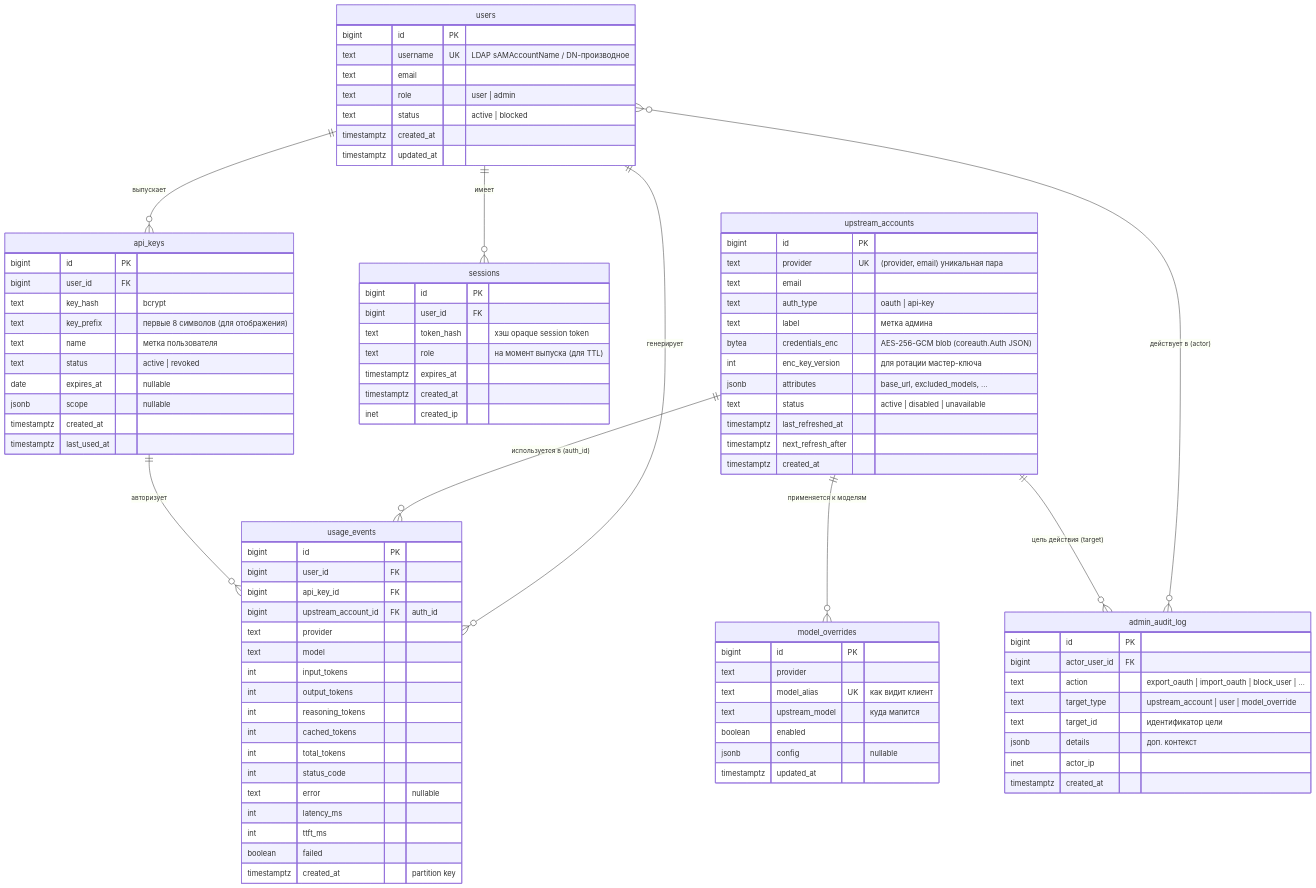
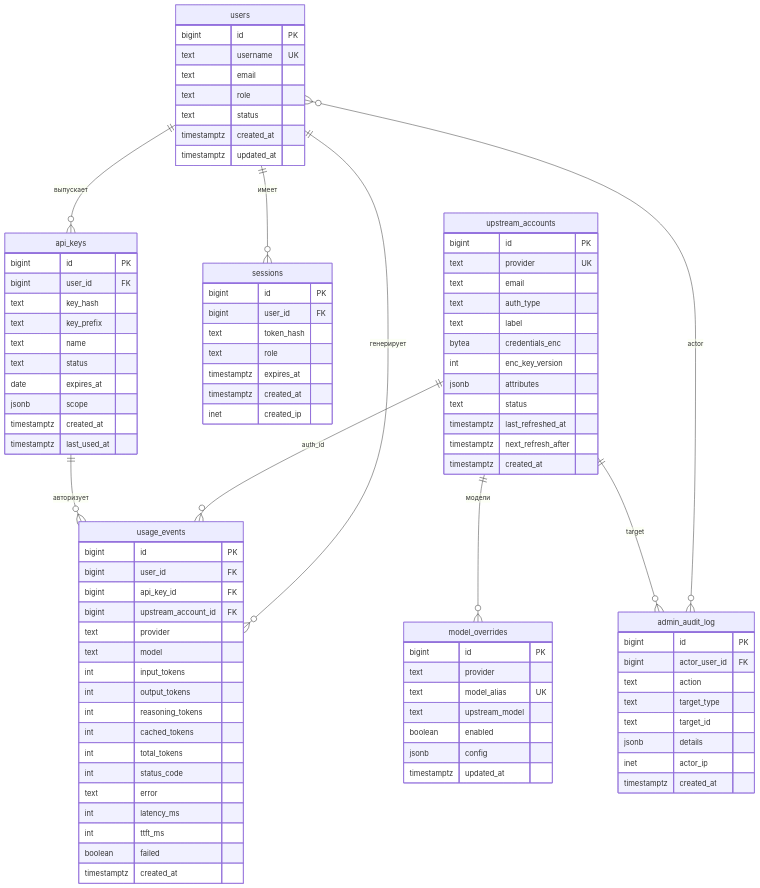
One commit to ilyast91/CLIProxyNew changed the diagram in docs/database-schema.md. Above: the diagram before and after it, drawn with Mermaid. The commit also changed 1 other file, not shown here.

Commit message:
docs: исправить Mermaid-диаграммы для рендера на GitHub
Все 8 блоков переписаны под валидный синтаксис Mermaid:
- graph: тексты узлов в кавычках; пунктир -.->|текст| вместо неверного -.текст.->
- sequenceDiagram: убраны скобки из participant as, фигурные скобки и
  угловые скобки из сообщений, эмодзи из Note, <br/> убран из Note
- erDiagram: убраны комментарии полей со спецсимволами (|, скобки) —
  оставлены чистые PK/UK/FK маркеры и типы

Диаграммы теперь рендерятся GitHub-парсером.

````diff
--- a/docs/database-schema.md
+++ b/docs/database-schema.md
@@ -20,20 +20,20 @@
     users ||--o{ api_keys : "выпускает"
     users ||--o{ sessions : "имеет"
     users ||--o{ usage_events : "генерирует"
-    users }o--o{ admin_audit_log : "действует в (actor)"
+    users }o--o{ admin_audit_log : "actor"
 
-    upstream_accounts ||--o{ usage_events : "используется в (auth_id)"
-    upstream_accounts ||--o{ admin_audit_log : "цель действия (target)"
-    upstream_accounts ||--o{ model_overrides : "применяется к моделям"
+    upstream_accounts ||--o{ usage_events : "auth_id"
+    upstream_accounts ||--o{ admin_audit_log : "target"
+    upstream_accounts ||--o{ model_overrides : "модели"
 
     api_keys ||--o{ usage_events : "авторизует"
 
     users {
         bigint id PK
-        text   username UK "LDAP sAMAccountName / DN-производное"
-        text   email
-        text   role "user | admin"
-        text   status "active | blocked"
+        text username UK
+        text email
+        text role
+        text status
         timestamptz created_at
         timestamptz updated_at
     }
@@ -41,12 +41,12 @@
     api_keys {
         bigint id PK
         bigint user_id FK
-        text   key_hash "bcrypt"
-        text   key_prefix "первые 8 символов (для отображения)"
-        text   name "метка пользователя"
-        text   status "active | revoked"
-        date   expires_at "nullable"
-        jsonb  scope "nullable"
+        text key_hash
+        text key_prefix
+        text name
+        text status
+        date expires_at
+        jsonb scope
         timestamptz created_at
         timestamptz last_used_at
     }
@@ -54,23 +54,23 @@
     sessions {
         bigint id PK
         bigint user_id FK
-        text   token_hash "хэш opaque session token"
-        text   role "на момент выпуска (для TTL)"
+        text token_hash
+        text role
         timestamptz expires_at
         timestamptz created_at
-        inet   created_ip
+        inet created_ip
     }
 
     upstream_accounts {
         bigint id PK
-        text   provider UK "(provider, email) уникальная пара"
-        text   email
-        text   auth_type "oauth | api-key"
-        text   label "метка админа"
-        bytea  credentials_enc "AES-256-GCM blob (coreauth.Auth JSON)"
-        int    enc_key_version "для ротации мастер-ключа"
-        jsonb  attributes "base_url, excluded_models, ..."
-        text   status "active | disabled | unavailable"
+        text provider UK
+        text email
+        text auth_type
+        text label
+        bytea credentials_enc
+        int enc_key_version
+        jsonb attributes
+        text status
         timestamptz last_refreshed_at
         timestamptz next_refresh_after
         timestamptz created_at
@@ -78,11 +78,11 @@
 
     model_overrides {
         bigint id PK
-        text   provider
-        text   model_alias UK "как видит клиент"
-        text   upstream_model "куда мапится"
+        text provider
+        text model_alias UK
+        text upstream_model
         boolean enabled
-        jsonb  config "nullable"
+        jsonb config
         timestamptz updated_at
     }
 
@@ -90,30 +90,30 @@
         bigint id PK
         bigint user_id FK
         bigint api_key_id FK
-        bigint upstream_account_id FK "auth_id"
-        text   provider
-        text   model
-        int    input_tokens
-        int    output_tokens
-        int    reasoning_tokens
-        int    cached_tokens
-        int    total_tokens
-        int    status_code
-        text   error "nullable"
-        int    latency_ms
-        int    ttft_ms
+        bigint upstream_account_id FK
+        text provider
+        text model
+        int input_tokens
+        int output_tokens
+        int reasoning_tokens
+        int cached_tokens
+        int total_tokens
+        int status_code
+        text error
+        int latency_ms
+        int ttft_ms
         boolean failed
-        timestamptz created_at "partition key"
+        timestamptz created_at
     }
 
     admin_audit_log {
         bigint id PK
         bigint actor_user_id FK
-        text   action "export_oauth | import_oauth | block_user | ..."
-        text   target_type "upstream_account | user | model_override"
-        text   target_id "идентификатор цели"
-        jsonb  details "доп. контекст"
-        inet   actor_ip
+        text action
+        text target_type
+        text target_id
+        jsonb details
+        inet actor_ip
         timestamptz created_at
     }
 ```
````
